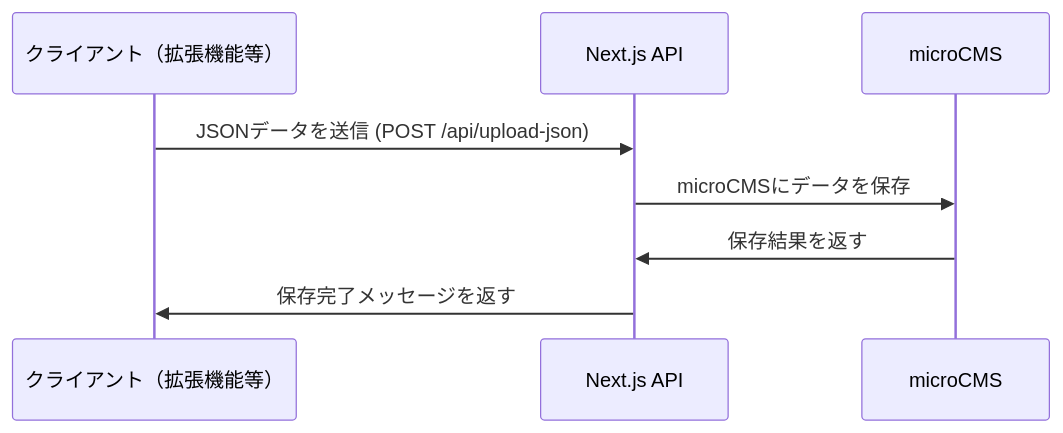
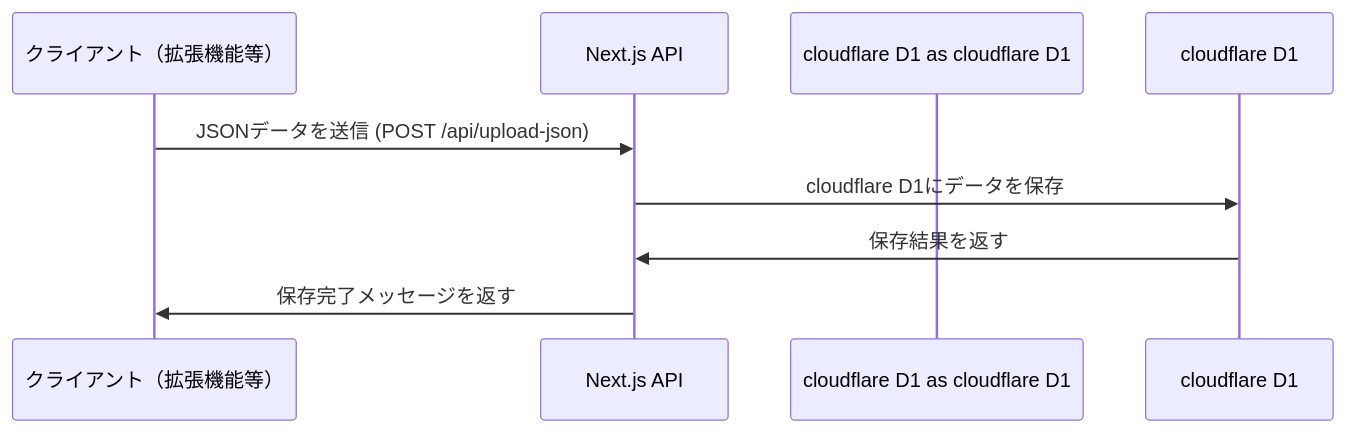
One commit to shortcut-guide/phi changed the second of 3 diagrams in docs/architecture.md. Above: the diagram before and after it, drawn with Mermaid. The commit also changed other lines of this file, not shown here.

Commit message:
update cloudflare D1

````diff
--- a/docs/architecture.md
+++ b/docs/architecture.md
@@ -602,11 +596,11 @@
 ```mermaid
 sequenceDiagram
     participant Client as クライアント（拡張機能等）
     participant NextAPI as Next.js API
-    participant microCMS as microCMS
+    participant cloudflare D1 as cloudflare D1
 
     Client->>NextAPI: JSONデータを送信 (POST /api/upload-json)
-    NextAPI->>microCMS: microCMSにデータを保存
-    microCMS->>NextAPI: 保存結果を返す
+    NextAPI->>cloudflare D1: cloudflare D1にデータを保存
+    cloudflare D1->>NextAPI: 保存結果を返す
     NextAPI->>Client: 保存完了メッセージを返す
 ```
````
